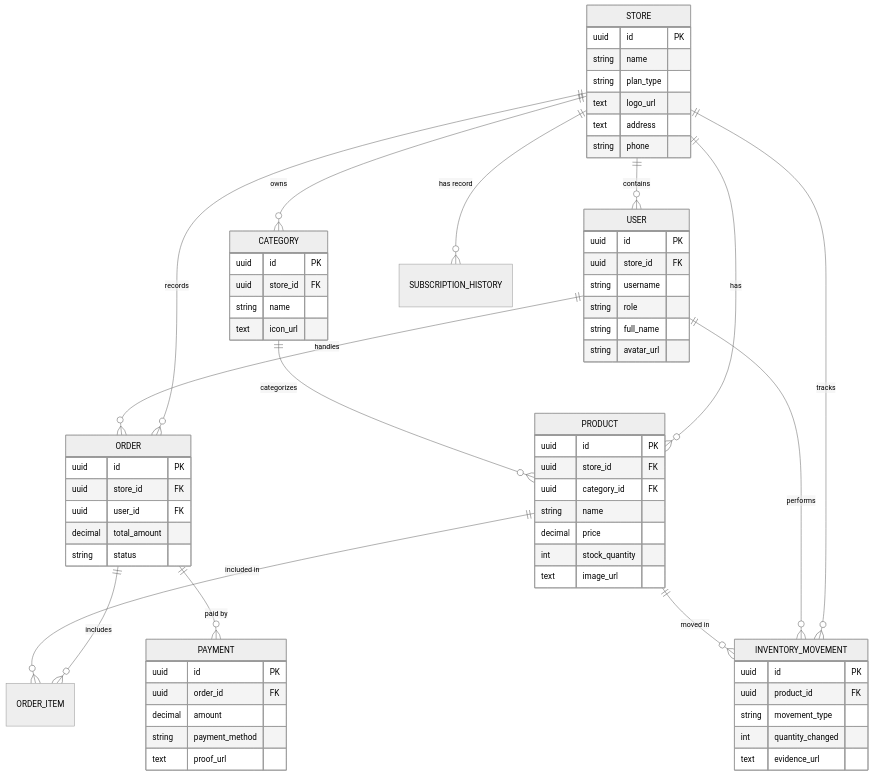
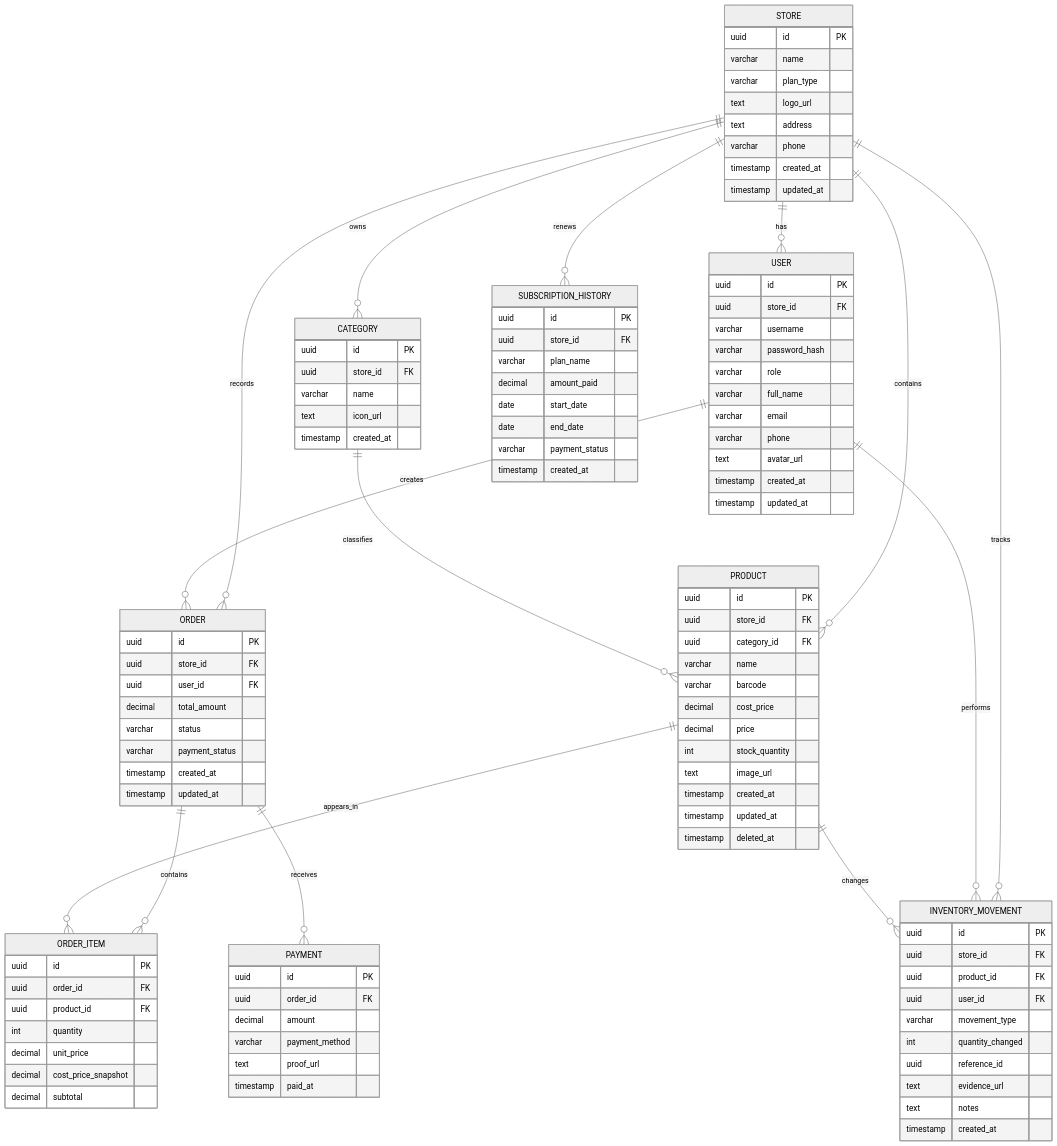
Before and after one commit to anoulack007/CorePOS: the diagram in README.md, drawn with Mermaid (neutral theme). The commit also changed other lines of this file and 7 other files, not shown here.

````diff
--- a/README.md
+++ b/README.md
@@ -89,52 +173,65 @@
 ```mermaid
 erDiagram
-    STORE ||--o{ USER : contains
+    STORE ||--o{ USER : has
     STORE ||--o{ CATEGORY : owns
-    STORE ||--o{ PRODUCT : has
+    STORE ||--o{ PRODUCT : contains
     STORE ||--o{ ORDER : records
     STORE ||--o{ INVENTORY_MOVEMENT : tracks
-    STORE ||--o{ SUBSCRIPTION_HISTORY : "has record"
-    CATEGORY ||--o{ PRODUCT : "categorizes"
-    USER ||--o{ ORDER : "handles"
-    USER ||--o{ INVENTORY_MOVEMENT : "performs"
-    ORDER ||--o{ ORDER_ITEM : "includes"
-    ORDER ||--o{ PAYMENT : "paid by"
-    PRODUCT ||--o{ ORDER_ITEM : "included in"
-    PRODUCT ||--o{ INVENTORY_MOVEMENT : "moved in"
+    STORE ||--o{ SUBSCRIPTION_HISTORY : renews
+    CATEGORY ||--o{ PRODUCT : classifies
+    USER ||--o{ ORDER : creates
+    USER ||--o{ INVENTORY_MOVEMENT : performs
+    ORDER ||--o{ ORDER_ITEM : contains
+    ORDER ||--o{ PAYMENT : receives
+    PRODUCT ||--o{ ORDER_ITEM : appears_in
+    PRODUCT ||--o{ INVENTORY_MOVEMENT : changes
 
     STORE {
         uuid id PK
-        string name
-        string plan_type
+        varchar name
+        varchar plan_type
         text logo_url
         text address
-        string phone
+        varchar phone
+        timestamp created_at
+        timestamp updated_at
     }
 
     USER {
         uuid id PK
         uuid store_id FK
-        string username
-        string role
-        string full_name
-        string avatar_url
+        varchar username
+        varchar password_hash
+        varchar role
+        varchar full_name
+        varchar email
+        varchar phone
+        text avatar_url
+        timestamp created_at
+        timestamp updated_at
     }
 
     CATEGORY {
         uuid id PK
         uuid store_id FK
-        string name
+        varchar name
         text icon_url
+        timestamp created_at
     }
 
     PRODUCT {
         uuid id PK
         uuid store_id FK
         uuid category_id FK
-        string name
+        varchar name
+        varchar barcode
+        decimal cost_price
         decimal price
         int stock_quantity
         text image_url
+        timestamp created_at
+        timestamp updated_at
+        timestamp deleted_at
     }
 
     ORDER {
@@ -142,22 +239,52 @@
         uuid store_id FK
         uuid user_id FK
         decimal total_amount
-        string status
+        varchar status
+        varchar payment_status
+        timestamp created_at
+        timestamp updated_at
+    }
+
+    ORDER_ITEM {
+        uuid id PK
+        uuid order_id FK
+        uuid product_id FK
+        int quantity
+        decimal unit_price
+        decimal cost_price_snapshot
+        decimal subtotal
     }
 
     PAYMENT {
         uuid id PK
         uuid order_id FK
         decimal amount
-        string payment_method
+        varchar payment_method
         text proof_url
+        timestamp paid_at
     }
 
     INVENTORY_MOVEMENT {
         uuid id PK
+        uuid store_id FK
         uuid product_id FK
-        string movement_type
+        uuid user_id FK
+        varchar movement_type
         int quantity_changed
+        uuid reference_id
         text evidence_url
+        text notes
+        timestamp created_at
+    }
+
+    SUBSCRIPTION_HISTORY {
+        uuid id PK
+        uuid store_id FK
+        varchar plan_name
+        decimal amount_paid
+        date start_date
+        date end_date
+        varchar payment_status
+        timestamp created_at
     }
 ```
````
